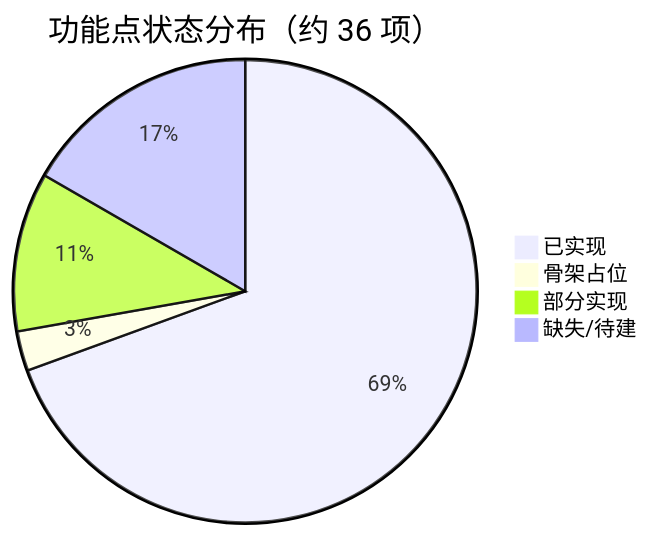
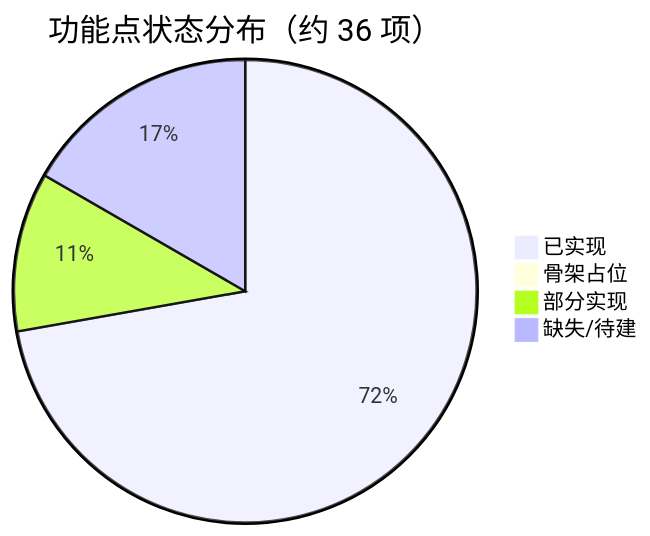
Before and after one commit to qoobots/qoorag: the first of 2 diagrams in .docs/06_功能清单进度文档.md, drawn with Mermaid. The commit also changed other lines of this file and 3 other files, not shown here.

````diff
--- a/.docs/06_功能清单进度文档.md
+++ b/.docs/06_功能清单进度文档.md
@@ -27,7 +27,7 @@
 ```mermaid
 pie title 功能点状态分布（约 36 项）
-    "已实现" : 25
-    "骨架占位" : 1
+    "已实现" : 26
+    "骨架占位" : 0
     "部分实现" : 4
     "缺失/待建" : 6
 ```
````
